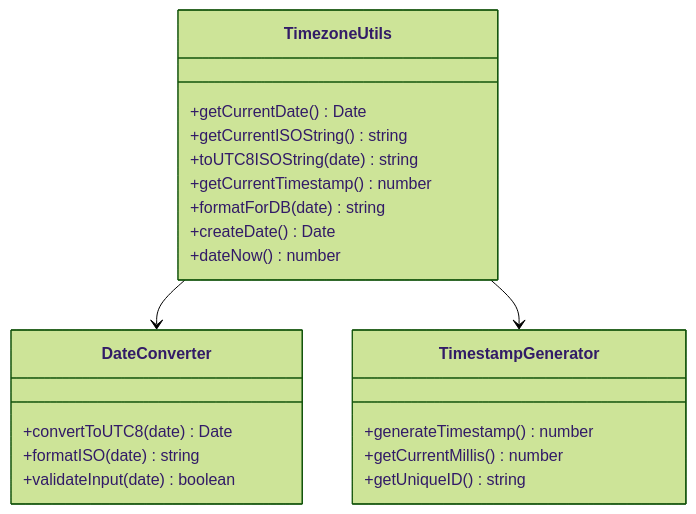
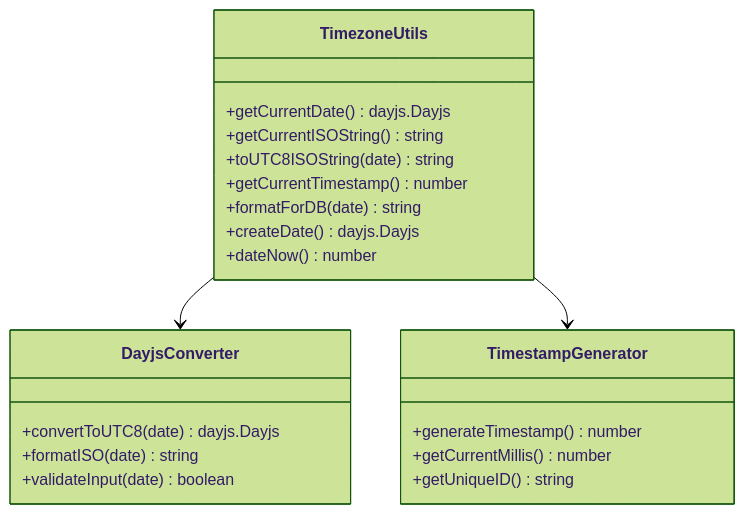
Before and after one commit to xiao-lin-unit/yuan: the fourth of 10 diagrams in .qoder/repowiki/zh/content/架构设计/数据层架构设计/时区工具模块.md, drawn with Mermaid (forest theme). The commit also changed other lines of this file and 9 other files, not shown here.

````diff
--- a/.qoder/repowiki/zh/content/架构设计/数据层架构设计/时区工具模块.md
+++ b/.qoder/repowiki/zh/content/架构设计/数据层架构设计/时区工具模块.md
@@ -149,24 +163,24 @@
 ```mermaid
 classDiagram
 class TimezoneUtils {
-+getCurrentDate() Date
++getCurrentDate() dayjs.Dayjs
 +getCurrentISOString() string
 +toUTC8ISOString(date) string
 +getCurrentTimestamp() number
 +formatForDB(date) string
-+createDate() Date
++createDate() dayjs.Dayjs
 +dateNow() number
 }
-class DateConverter {
-+convertToUTC8(date) Date
+class DayjsConverter {
++convertToUTC8(date) dayjs.Dayjs
 +formatISO(date) string
 +validateInput(date) boolean
 }
 class TimestampGenerator {
 +generateTimestamp() number
 +getCurrentMillis() number
 +getUniqueID() string
 }
-TimezoneUtils --> DateConverter
+TimezoneUtils --> DayjsConverter
 TimezoneUtils --> TimestampGenerator
 ```
````
